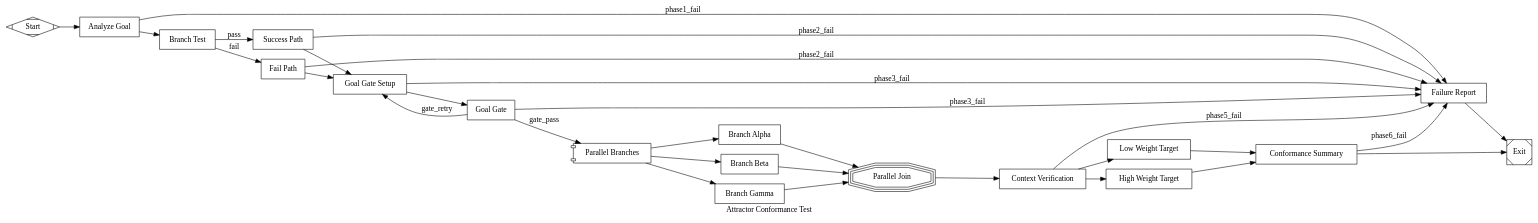
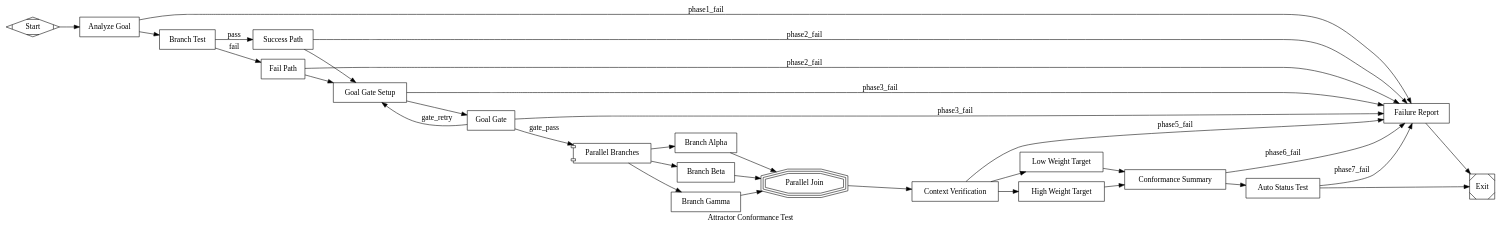
Before and after one commit to 2389-research/mammoth: the diagram in examples/conformance_test.dot, drawn with Graphviz. The commit also changed 1 other file, not shown here.

Commit message:
test(conformance): add Phase 7 for auto_status attribute coverage

```diff
--- a/examples/conformance_test.dot
+++ b/examples/conformance_test.dot
@@ -1,173 +1,188 @@
 // ABOUTME: Attractor-independent conformance test pipeline.
 // ABOUTME: Exercises core spec features: linear flow, branching, goal gates, retry, parallel, and context.
 digraph ConformanceTest {
   graph [
     goal="Verify attractor implementation handles core spec features correctly.",
     label="Attractor Conformance Test",
     rankdir=LR,
     default_max_retry=0
   ];
 
   // --- Entry / Exit ---
   Start    [shape=Mdiamond, label="Start"];
   Exit     [shape=Msquare,  label="Exit"];
   FailSink [
     shape=box,
     label="Failure Report",
     prompt="A conformance test phase failed. Summarize the failure from context. Do not read or modify any files. Return outcome=success."
   ];
   FailSink -> Exit;
 
   // ---------------------------------------------------------------
   // Phase 1 — Linear flow with variable expansion
   // Validates: start node routing, prompt attribute, $goal expansion,
   //            unconditional edges, chained edge syntax.
   // ---------------------------------------------------------------
   Analyze [
     shape=box,
     label="Analyze Goal",
     prompt="You are a conformance test. The pipeline goal is: $goal. Acknowledge the goal briefly in one paragraph. Do not use any tools. Do not read or modify any files. Return outcome=success."
   ];
 
   Start -> Analyze;
   Analyze -> Branch          [condition="outcome=success"];
   Analyze -> FailSink        [condition="outcome=fail", label="phase1_fail"];
 
   // ---------------------------------------------------------------
   // Phase 2 — Conditional branching
   // Validates: condition expressions (outcome=success, outcome=fail),
   //            edge labels, deterministic edge selection.
   // ---------------------------------------------------------------
   Branch [
     shape=box,
     label="Branch Test",
     prompt="This is a conformance test for conditional branching. Do not use any tools. Do not read or modify any files. Simply return outcome=success."
   ];
 
   BranchSuccessTarget [
     shape=box,
     label="Success Path",
     prompt="You reached the success path via conditional routing. Confirm in one sentence. Do not use any tools. Do not read or modify any files. Return outcome=success."
   ];
 
   BranchFailTarget [
     shape=box,
     label="Fail Path",
     prompt="You reached the fail path via conditional routing. Confirm in one sentence. Do not use any tools. Do not read or modify any files. Return outcome=success."
   ];
 
   Branch -> BranchSuccessTarget [condition="outcome=success", label="pass"];
   Branch -> BranchFailTarget    [condition="outcome=fail",    label="fail"];
 
   // Both paths converge on the next phase.
   BranchSuccessTarget -> GoalGateSetup [condition="outcome=success"];
   BranchSuccessTarget -> FailSink      [condition="outcome=fail", label="phase2_fail"];
   BranchFailTarget    -> GoalGateSetup [condition="outcome=success"];
   BranchFailTarget    -> FailSink      [condition="outcome=fail", label="phase2_fail"];
 
   // ---------------------------------------------------------------
   // Phase 3 — Goal gate with retry loop
   // Validates: goal_gate=true enforcement, retry_target routing,
   //            max_retries limit, outcome=retry edge.
   // ---------------------------------------------------------------
   GoalGateSetup [
     shape=box,
     label="Goal Gate Setup",
     prompt="Prepare for the goal gate test. Do not use any tools. Do not read or modify any files. Return outcome=success."
   ];
 
   GoalGate [
     shape=box,
     label="Goal Gate",
     goal_gate=true,
     max_retries=1,
     retry_target="GoalGateSetup",
     prompt="This is a goal gate conformance test. Do not use any tools. Do not read or modify any files. Return outcome=success."
   ];
 
   GoalGateSetup -> GoalGate   [condition="outcome=success"];
   GoalGateSetup -> FailSink   [condition="outcome=fail", label="phase3_fail"];
   GoalGate -> ParallelSetup   [condition="outcome=success", label="gate_pass"];
   GoalGate -> GoalGateSetup   [condition="outcome=retry",   label="gate_retry"];
   GoalGate -> FailSink        [condition="outcome=fail",     label="phase3_fail"];
 
   // ---------------------------------------------------------------
   // Phase 4 — Parallel fan-out / fan-in
   // Validates: component (fan-out) handler, tripleoctagon (fan-in)
   //            handler, concurrent branch execution, result merging.
   // ---------------------------------------------------------------
   ParallelSetup [shape=component, label="Parallel Branches"];
 
   BranchAlpha [
     shape=box,
     label="Branch Alpha",
     prompt="You are branch Alpha of a parallel fan-out. Confirm in one sentence. Do not use any tools. Do not read or modify any files. Return outcome=success."
   ];
 
   BranchBeta [
     shape=box,
     label="Branch Beta",
     prompt="You are branch Beta of a parallel fan-out. Confirm in one sentence. Do not use any tools. Do not read or modify any files. Return outcome=success."
   ];
 
   BranchGamma [
     shape=box,
     label="Branch Gamma",
     prompt="You are branch Gamma of a parallel fan-out. Confirm in one sentence. Do not use any tools. Do not read or modify any files. Return outcome=success."
   ];
 
   ParallelJoin [shape=tripleoctagon, label="Parallel Join"];
 
   ParallelSetup -> BranchAlpha;
   ParallelSetup -> BranchBeta;
   ParallelSetup -> BranchGamma;
   BranchAlpha -> ParallelJoin;
   BranchBeta  -> ParallelJoin;
   BranchGamma -> ParallelJoin;
 
   // ---------------------------------------------------------------
   // Phase 5 — Context propagation and edge weight
   // Validates: context values flow downstream, weight-based edge
   //            selection among unconditional edges, max_retries
   //            attribute on individual nodes.
   // ---------------------------------------------------------------
   ContextCheck [
     shape=box,
     label="Context Verification",
     max_retries=0,
     prompt="Verify that context from all three parallel branches (Alpha, Beta, Gamma) is available. Summarize briefly. Do not use any tools. Do not read or modify any files. Return outcome=success."
   ];
 
   WeightedA [
     shape=box,
     label="Low Weight Target",
     prompt="You reached the low-weight edge target. Confirm in one sentence. Do not use any tools. Do not read or modify any files. Return outcome=success."
   ];
 
   WeightedB [
     shape=box,
     label="High Weight Target",
     prompt="You reached the high-weight edge target (expected path). Confirm in one sentence. Do not use any tools. Do not read or modify any files. Return outcome=success."
   ];
 
   ParallelJoin -> ContextCheck;
   ContextCheck -> WeightedA [condition="outcome=success", weight=1];
   ContextCheck -> WeightedB [condition="outcome=success", weight=10];
   ContextCheck -> FailSink  [condition="outcome=fail", label="phase5_fail"];
 
   // ---------------------------------------------------------------
   // Phase 6 — Final summary
   // Validates: multi-hop traversal, pipeline completion, exit node
   //            reached cleanly.
   // ---------------------------------------------------------------
   Summary [
     shape=box,
     label="Conformance Summary",
     prompt="The conformance test exercised: linear flow, $goal expansion, conditional branching, goal gates with retry, parallel fan-out/fan-in, context propagation, and weighted edge selection. Summarize in one paragraph. Do not use any tools. Do not read or modify any files. Return outcome=success."
   ];
 
   WeightedA -> Summary;
   WeightedB -> Summary;
-  Summary   -> Exit [condition="outcome=success"];
+  Summary   -> AutoStatusNode [condition="outcome=success"];
   Summary   -> FailSink [condition="outcome=fail", label="phase6_fail"];
+
+  // ---------------------------------------------------------------
+  // Phase 7 — Auto-status
+  // Validates: auto_status=true generates SUCCESS when handler
+  //            writes no explicit status.
+  // ---------------------------------------------------------------
+  AutoStatusNode [
+    shape=box,
+    label="Auto Status Test",
+    auto_status=true,
+    prompt="This node tests auto_status behavior. Acknowledge you received this prompt. Do not use any tools. Do not read or modify any files. Return outcome=success."
+  ];
+
+  AutoStatusNode -> Exit [condition="outcome=success"];
+  AutoStatusNode -> FailSink [condition="outcome=fail", label="phase7_fail"];
 }
```
